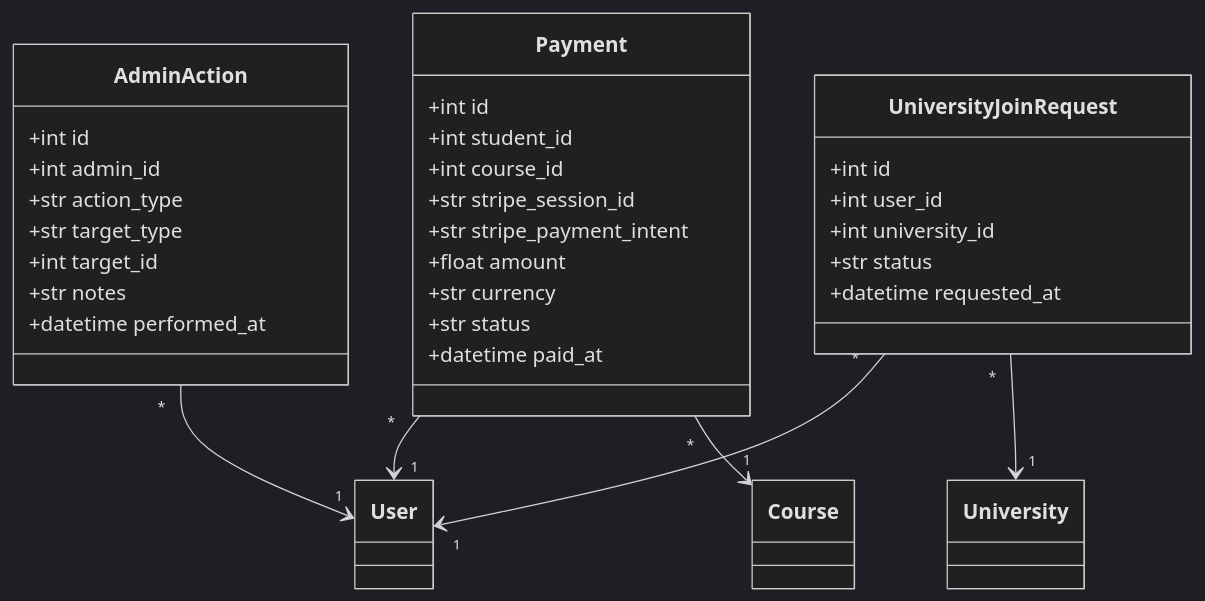
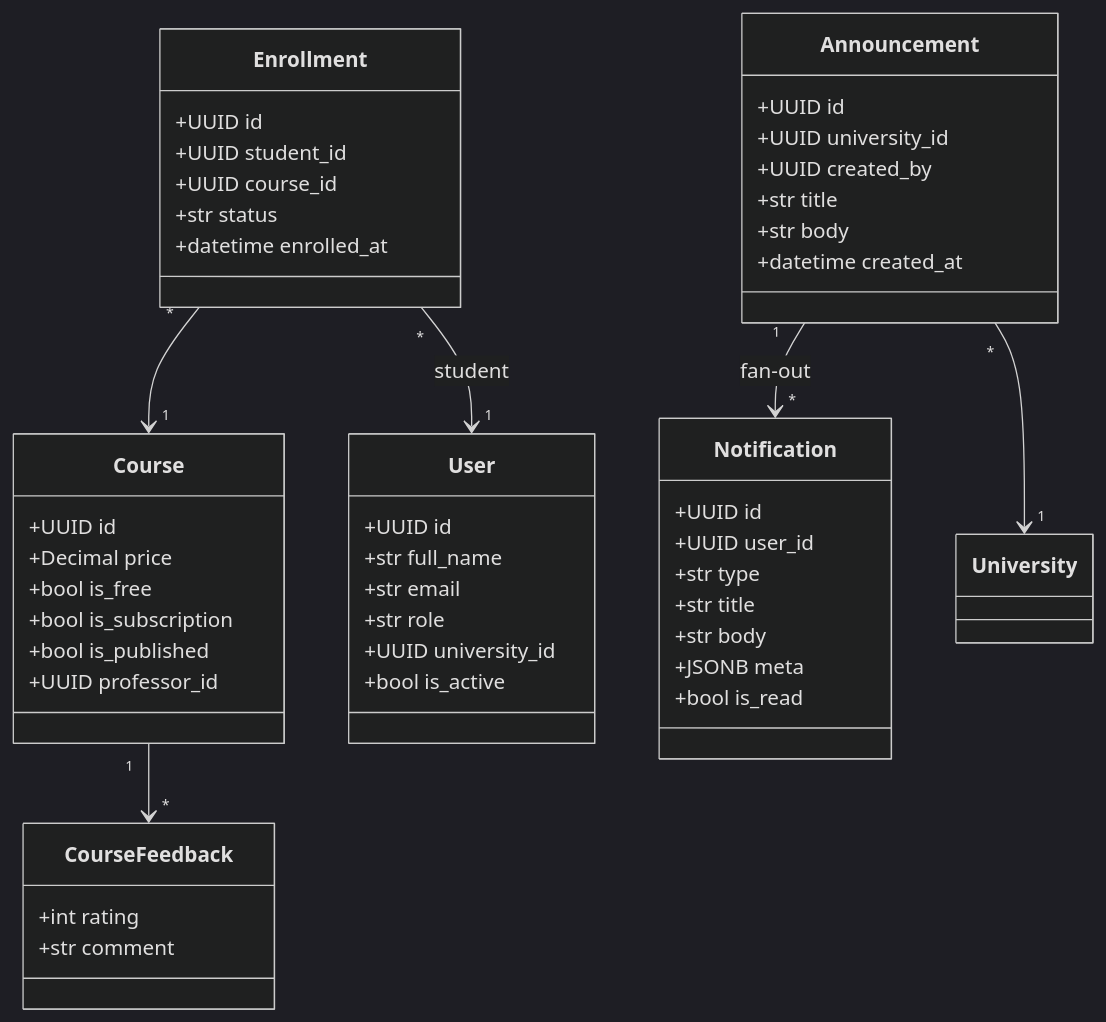
One commit to yazidha09/Hub4Learners changed the second of 5 diagrams in docs/sprints/SPRINT_6.md. Above: the diagram before and after it, drawn with Mermaid (dark theme). The commit also changed other lines of this file and 5 other files, not shown here.

````diff
--- a/docs/sprints/SPRINT_6.md
+++ b/docs/sprints/SPRINT_6.md
@@ -66,38 +82,58 @@
 ```mermaid
 classDiagram
-    class Payment {
-        +int id
-        +int student_id
-        +int course_id
-        +str stripe_session_id
-        +str stripe_payment_intent
-        +float amount
-        +str currency
-        +str status
-        +datetime paid_at
+    class Course {
+        +UUID id
+        +Decimal price
+        +bool is_free
+        +bool is_subscription
+        +bool is_published
+        +UUID professor_id
     }
 
-    class AdminAction {
-        +int id
-        +int admin_id
-        +str action_type
-        +str target_type
-        +int target_id
-        +str notes
-        +datetime performed_at
+    class Enrollment {
+        +UUID id
+        +UUID student_id
+        +UUID course_id
+        +str status
+        +datetime enrolled_at
     }
 
-    class UniversityJoinRequest {
-        +int id
-        +int user_id
-        +int university_id
-        +str status
-        +datetime requested_at
+    class User {
+        +UUID id
+        +str full_name
+        +str email
+        +str role
+        +UUID university_id
+        +bool is_active
     }
 
-    Payment "*" --> "1" User
-    Payment "*" --> "1" Course
-    AdminAction "*" --> "1" User
-    UniversityJoinRequest "*" --> "1" User
-    UniversityJoinRequest "*" --> "1" University
+    class Announcement {
+        +UUID id
+        +UUID university_id
+        +UUID created_by
+        +str title
+        +str body
+        +datetime created_at
+    }
+
+    class Notification {
+        +UUID id
+        +UUID user_id
+        +str type
+        +str title
+        +str body
+        +JSONB meta
+        +bool is_read
+    }
+
+    class CourseFeedback {
+        +int rating
+        +str comment
+    }
+
+    Enrollment "*" --> "1" Course
+    Enrollment "*" --> "1" User : student
+    Announcement "*" --> "1" University
+    Announcement "1" --> "*" Notification : fan-out
+    Course "1" --> "*" CourseFeedback
 ```
````
